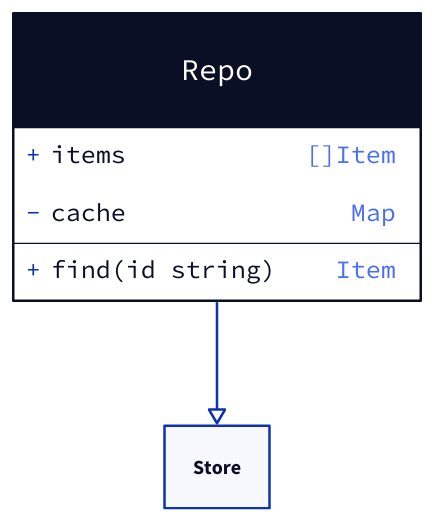
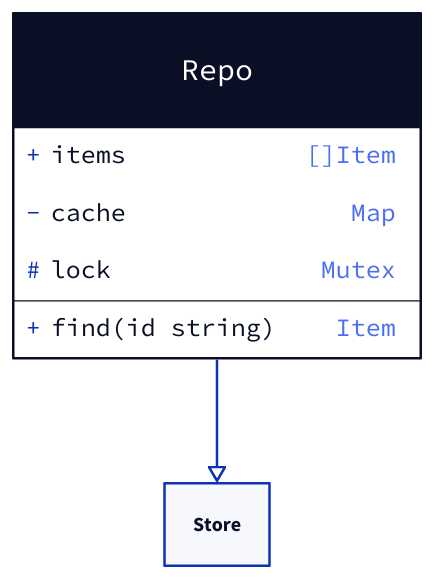
Before and after one commit to ddikman/d2-diagram-plugin: the tenth of 15 diagrams in references/d2-cheatsheet.md, drawn with D2. The commit also changed other lines of this file and 12 other files, not shown here.

````diff
--- a/references/d2-cheatsheet.md
+++ b/references/d2-cheatsheet.md
@@ -191,9 +191,10 @@
 ```d2
 Repo: {
   shape: class
   +items: "[]Item"          # + public, - private, # protected
   -cache: Map
+  "#lock": Mutex            # quoted: a bare # starts a comment and the row silently vanishes
   +find(id string): Item
 }
 Repo -> Store: {target-arrowhead: {shape: triangle; style.filled: false}}   # inheritance
 ```
````
